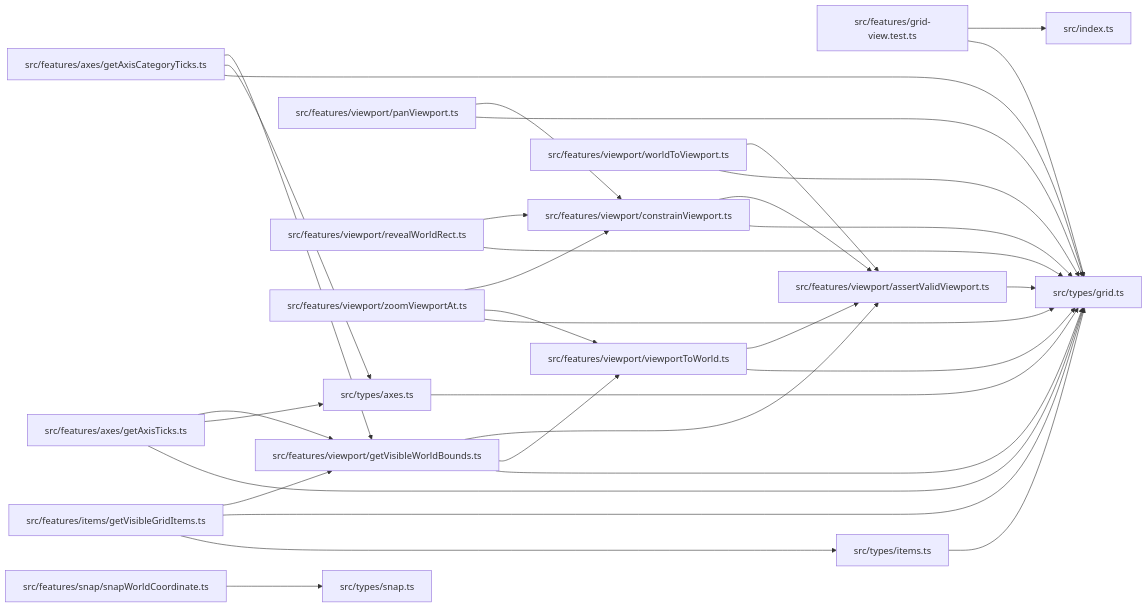
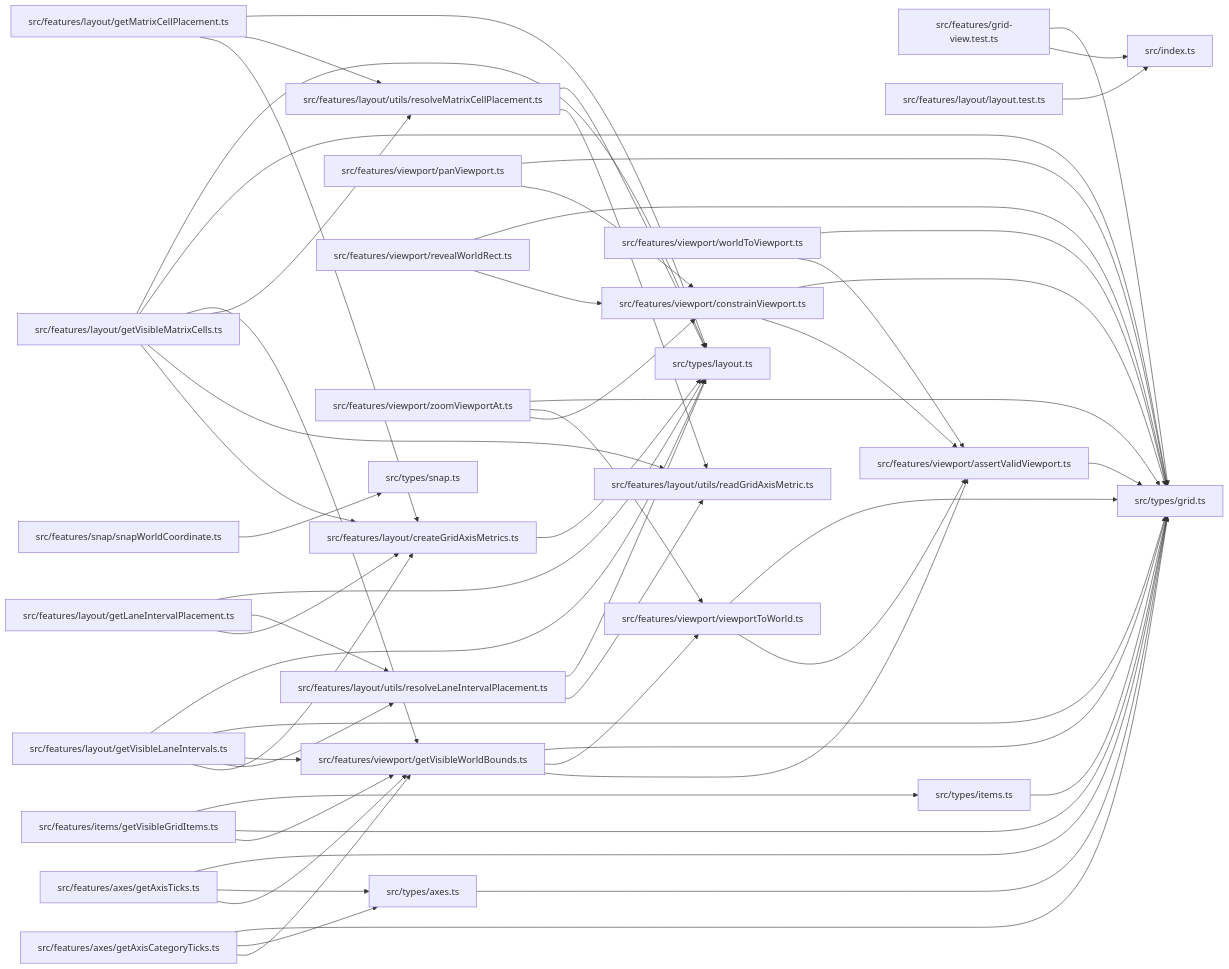
One commit to ankhorage/grid-view changed the diagram in docs/diagrams/module-relationships.mmd. Above: the diagram before and after it, drawn with Mermaid. The commit also changed 14 other files, not shown here.

```diff
--- a/docs/diagrams/module-relationships.mmd
+++ b/docs/diagrams/module-relationships.mmd
@@ -1,50 +1,83 @@
 graph LR
   module_src_features_axes_getAxisCategoryTicks_ts["src/features/axes/getAxisCategoryTicks.ts"]
   module_src_features_axes_getAxisTicks_ts["src/features/axes/getAxisTicks.ts"]
   module_src_features_grid_view_test_ts["src/features/grid-view.test.ts"]
   module_src_features_items_getVisibleGridItems_ts["src/features/items/getVisibleGridItems.ts"]
+  module_src_features_layout_createGridAxisMetrics_ts["src/features/layout/createGridAxisMetrics.ts"]
+  module_src_features_layout_getLaneIntervalPlacement_ts["src/features/layout/getLaneIntervalPlacement.ts"]
+  module_src_features_layout_getMatrixCellPlacement_ts["src/features/layout/getMatrixCellPlacement.ts"]
+  module_src_features_layout_getVisibleLaneIntervals_ts["src/features/layout/getVisibleLaneIntervals.ts"]
+  module_src_features_layout_getVisibleMatrixCells_ts["src/features/layout/getVisibleMatrixCells.ts"]
+  module_src_features_layout_layout_test_ts["src/features/layout/layout.test.ts"]
+  module_src_features_layout_utils_readGridAxisMetric_ts["src/features/layout/utils/readGridAxisMetric.ts"]
+  module_src_features_layout_utils_resolveLaneIntervalPlacement_ts["src/features/layout/utils/resolveLaneIntervalPlacement.ts"]
+  module_src_features_layout_utils_resolveMatrixCellPlacement_ts["src/features/layout/utils/resolveMatrixCellPlacement.ts"]
   module_src_features_snap_snapWorldCoordinate_ts["src/features/snap/snapWorldCoordinate.ts"]
   module_src_features_viewport_assertValidViewport_ts["src/features/viewport/assertValidViewport.ts"]
   module_src_features_viewport_constrainViewport_ts["src/features/viewport/constrainViewport.ts"]
   module_src_features_viewport_getVisibleWorldBounds_ts["src/features/viewport/getVisibleWorldBounds.ts"]
   module_src_features_viewport_panViewport_ts["src/features/viewport/panViewport.ts"]
   module_src_features_viewport_revealWorldRect_ts["src/features/viewport/revealWorldRect.ts"]
   module_src_features_viewport_viewportToWorld_ts["src/features/viewport/viewportToWorld.ts"]
   module_src_features_viewport_worldToViewport_ts["src/features/viewport/worldToViewport.ts"]
   module_src_features_viewport_zoomViewportAt_ts["src/features/viewport/zoomViewportAt.ts"]
   module_src_index_ts["src/index.ts"]
   module_src_types_axes_ts["src/types/axes.ts"]
   module_src_types_grid_ts["src/types/grid.ts"]
   module_src_types_items_ts["src/types/items.ts"]
+  module_src_types_layout_ts["src/types/layout.ts"]
   module_src_types_snap_ts["src/types/snap.ts"]
   module_src_features_axes_getAxisCategoryTicks_ts --> module_src_features_viewport_getVisibleWorldBounds_ts
   module_src_features_axes_getAxisCategoryTicks_ts --> module_src_types_axes_ts
   module_src_features_axes_getAxisCategoryTicks_ts --> module_src_types_grid_ts
   module_src_features_axes_getAxisTicks_ts --> module_src_features_viewport_getVisibleWorldBounds_ts
   module_src_features_axes_getAxisTicks_ts --> module_src_types_axes_ts
   module_src_features_axes_getAxisTicks_ts --> module_src_types_grid_ts
   module_src_features_grid_view_test_ts --> module_src_index_ts
   module_src_features_grid_view_test_ts --> module_src_types_grid_ts
   module_src_features_items_getVisibleGridItems_ts --> module_src_features_viewport_getVisibleWorldBounds_ts
   module_src_features_items_getVisibleGridItems_ts --> module_src_types_grid_ts
   module_src_features_items_getVisibleGridItems_ts --> module_src_types_items_ts
+  module_src_features_layout_createGridAxisMetrics_ts --> module_src_types_layout_ts
+  module_src_features_layout_getLaneIntervalPlacement_ts --> module_src_features_layout_createGridAxisMetrics_ts
+  module_src_features_layout_getLaneIntervalPlacement_ts --> module_src_features_layout_utils_resolveLaneIntervalPlacement_ts
+  module_src_features_layout_getLaneIntervalPlacement_ts --> module_src_types_layout_ts
+  module_src_features_layout_getMatrixCellPlacement_ts --> module_src_features_layout_createGridAxisMetrics_ts
+  module_src_features_layout_getMatrixCellPlacement_ts --> module_src_features_layout_utils_resolveMatrixCellPlacement_ts
+  module_src_features_layout_getMatrixCellPlacement_ts --> module_src_types_layout_ts
+  module_src_features_layout_getVisibleLaneIntervals_ts --> module_src_features_layout_createGridAxisMetrics_ts
+  module_src_features_layout_getVisibleLaneIntervals_ts --> module_src_features_layout_utils_resolveLaneIntervalPlacement_ts
+  module_src_features_layout_getVisibleLaneIntervals_ts --> module_src_features_viewport_getVisibleWorldBounds_ts
+  module_src_features_layout_getVisibleLaneIntervals_ts --> module_src_types_grid_ts
+  module_src_features_layout_getVisibleLaneIntervals_ts --> module_src_types_layout_ts
+  module_src_features_layout_getVisibleMatrixCells_ts --> module_src_features_layout_createGridAxisMetrics_ts
+  module_src_features_layout_getVisibleMatrixCells_ts --> module_src_features_layout_utils_readGridAxisMetric_ts
+  module_src_features_layout_getVisibleMatrixCells_ts --> module_src_features_layout_utils_resolveMatrixCellPlacement_ts
+  module_src_features_layout_getVisibleMatrixCells_ts --> module_src_features_viewport_getVisibleWorldBounds_ts
+  module_src_features_layout_getVisibleMatrixCells_ts --> module_src_types_grid_ts
+  module_src_features_layout_getVisibleMatrixCells_ts --> module_src_types_layout_ts
+  module_src_features_layout_layout_test_ts --> module_src_index_ts
+  module_src_features_layout_utils_resolveLaneIntervalPlacement_ts --> module_src_features_layout_utils_readGridAxisMetric_ts
+  module_src_features_layout_utils_resolveLaneIntervalPlacement_ts --> module_src_types_layout_ts
+  module_src_features_layout_utils_resolveMatrixCellPlacement_ts --> module_src_features_layout_utils_readGridAxisMetric_ts
+  module_src_features_layout_utils_resolveMatrixCellPlacement_ts --> module_src_types_layout_ts
   module_src_features_snap_snapWorldCoordinate_ts --> module_src_types_snap_ts
   module_src_features_viewport_assertValidViewport_ts --> module_src_types_grid_ts
   module_src_features_viewport_constrainViewport_ts --> module_src_features_viewport_assertValidViewport_ts
   module_src_features_viewport_constrainViewport_ts --> module_src_types_grid_ts
   module_src_features_viewport_getVisibleWorldBounds_ts --> module_src_features_viewport_assertValidViewport_ts
   module_src_features_viewport_getVisibleWorldBounds_ts --> module_src_features_viewport_viewportToWorld_ts
   module_src_features_viewport_getVisibleWorldBounds_ts --> module_src_types_grid_ts
   module_src_features_viewport_panViewport_ts --> module_src_features_viewport_constrainViewport_ts
   module_src_features_viewport_panViewport_ts --> module_src_types_grid_ts
   module_src_features_viewport_revealWorldRect_ts --> module_src_features_viewport_constrainViewport_ts
   module_src_features_viewport_revealWorldRect_ts --> module_src_types_grid_ts
   module_src_features_viewport_viewportToWorld_ts --> module_src_features_viewport_assertValidViewport_ts
   module_src_features_viewport_viewportToWorld_ts --> module_src_types_grid_ts
   module_src_features_viewport_worldToViewport_ts --> module_src_features_viewport_assertValidViewport_ts
   module_src_features_viewport_worldToViewport_ts --> module_src_types_grid_ts
   module_src_features_viewport_zoomViewportAt_ts --> module_src_features_viewport_constrainViewport_ts
   module_src_features_viewport_zoomViewportAt_ts --> module_src_features_viewport_viewportToWorld_ts
   module_src_features_viewport_zoomViewportAt_ts --> module_src_types_grid_ts
   module_src_types_axes_ts --> module_src_types_grid_ts
   module_src_types_items_ts --> module_src_types_grid_ts
```
